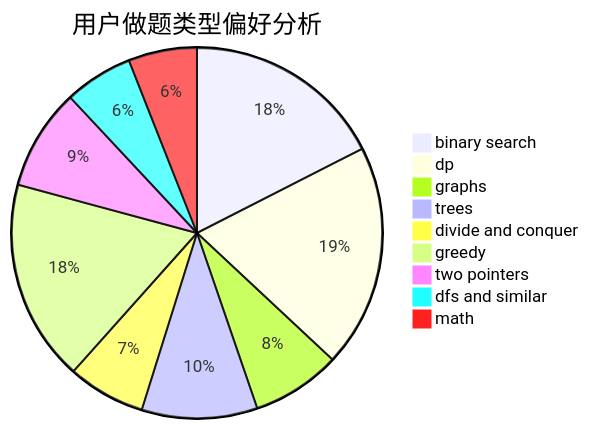
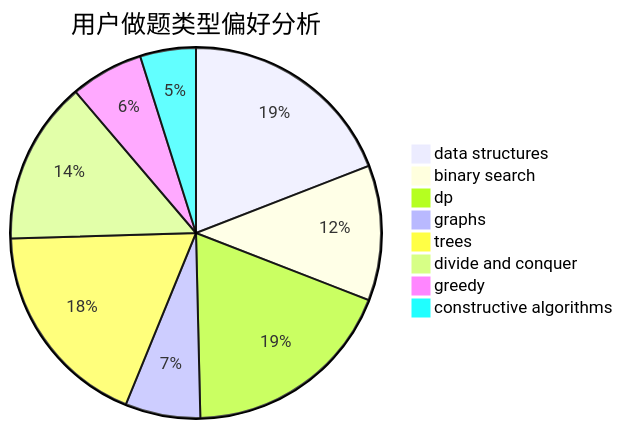
Before and after one commit to sherpahu/cfrs.github.io: the second of 3 diagrams in docs/user/u1449.md, drawn with Mermaid. The commit also changed other lines of this file and 2775 other files, not shown here.

````diff
--- a/docs/user/u1449.md
+++ b/docs/user/u1449.md
@@ -23,12 +23,11 @@
 ```mermaid
 pie title 用户做题类型偏好分析
-    "binary search" :  196
-    "dp" :  218
-    "graphs" :  87
-    "trees" :  113
+    "data structures" :  102
+    "binary search" :  63
+    "dp" :  100
+    "graphs" :  35
+    "trees" :  98
     "divide and conquer" :  76
-    "greedy" :  197
-    "two pointers" :  99
-    "dfs and similar" :  67
-    "math" :  67
+    "greedy" :  34
+    "constructive algorithms" :  26
 ```
````
